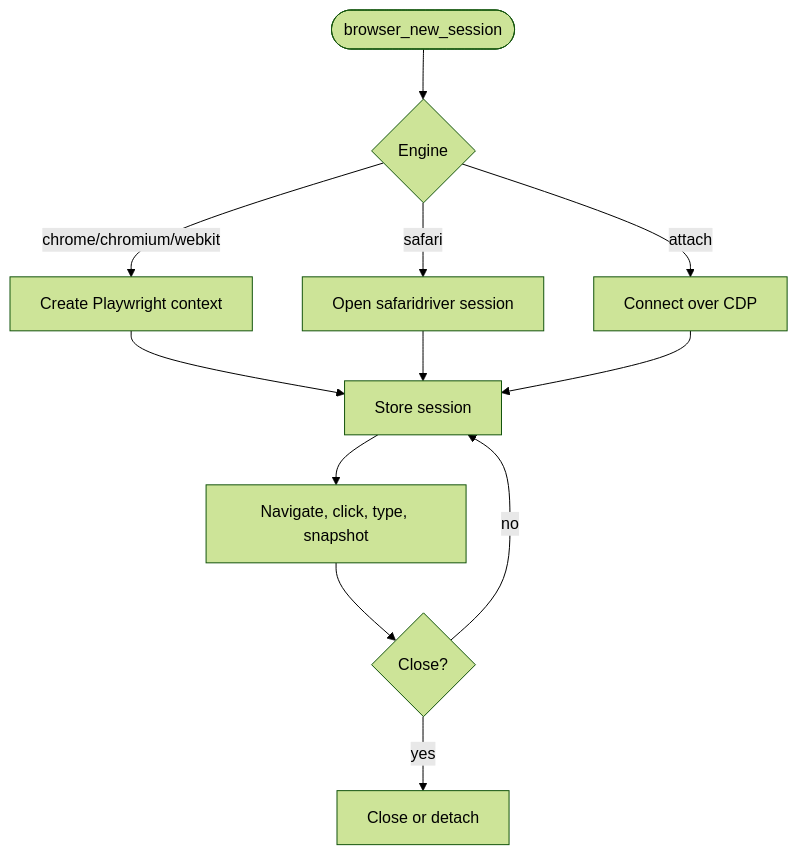
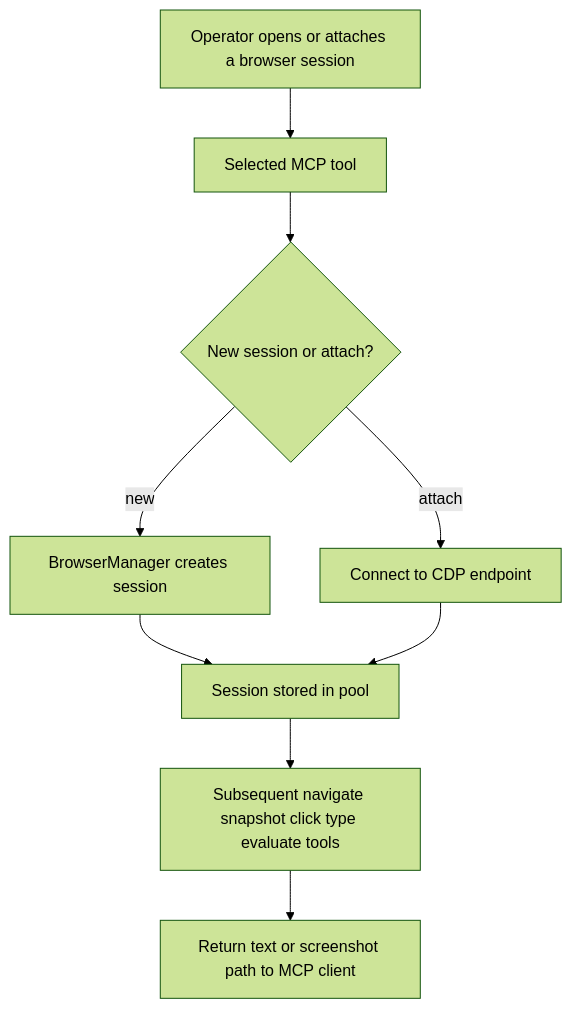
One commit to apexradius/browser-mcp changed the second of 2 diagrams in README.md. Above: the diagram before and after it, drawn with Mermaid (forest theme). The commit also changed other lines of this file and 2 other files, not shown here.

````diff
--- a/README.md
+++ b/README.md
@@ -43,14 +34,11 @@
 ```mermaid
 flowchart TD
-    Start([browser_new_session]) --> Engine{Engine}
-    Engine -->|chrome/chromium/webkit| Playwright[Create Playwright context]
-    Engine -->|safari| SafariDriver[Open safaridriver session]
-    Engine -->|attach| CDP[Connect over CDP]
-    Playwright --> Session[Store session]
-    SafariDriver --> Session
-    CDP --> Session
-    Session --> Actions[Navigate, click, type, snapshot]
-    Actions --> Close{Close?}
-    Close -->|yes| Cleanup[Close or detach]
-    Close -->|no| Session
+  A[Operator opens or attaches a browser session] --> B[Selected MCP tool]
+  B --> C{New session or attach?}
+  C -- new --> D[BrowserManager creates session]
+  C -- attach --> E[Connect to CDP endpoint]
+  D --> F[Session stored in pool]
+  E --> F
+  F --> G[Subsequent navigate snapshot click type evaluate tools]
+  G --> H[Return text or screenshot path to MCP client]
 ```
````
